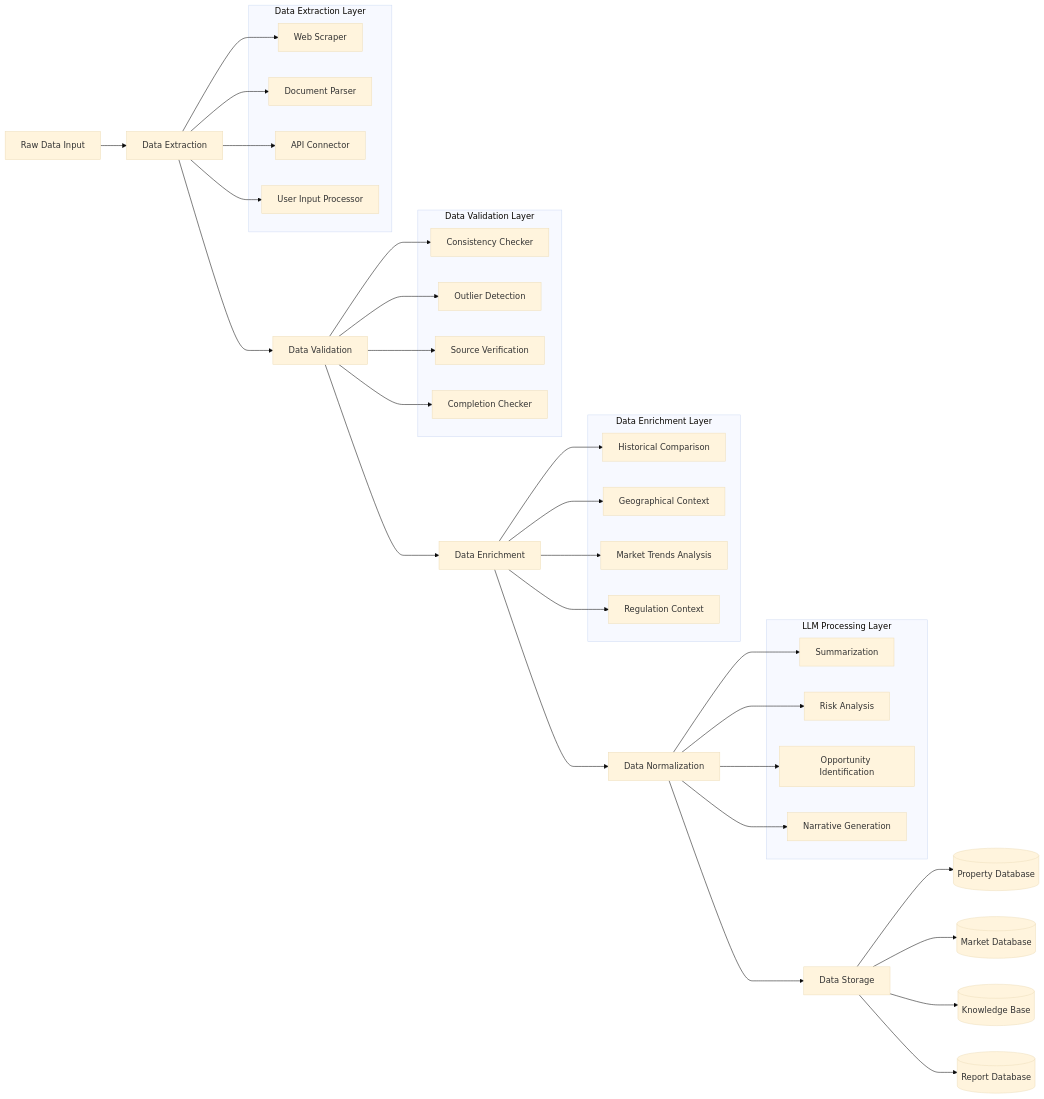
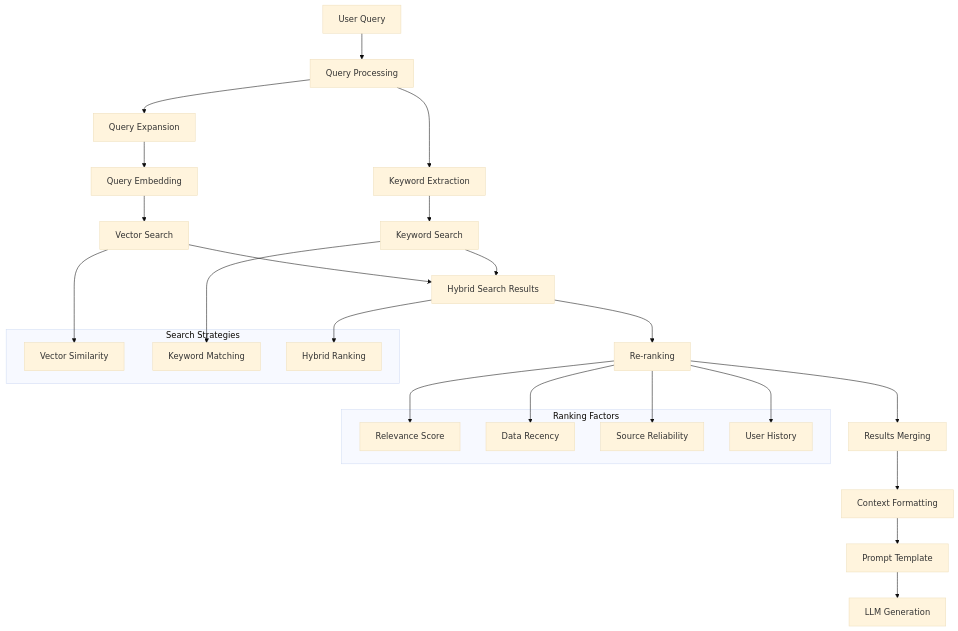
The third of 6 diagrams in RDP-Agents.md (iAli61/investment_agent), drawn with Mermaid (base theme) before and after one commit. The commit also changed other lines of this file, not shown here.

````diff
--- a/RDP-Agents.md
+++ b/RDP-Agents.md
@@ -344,61 +368,37 @@
 ```mermaid
-flowchart LR
-    RawData[Raw Data Input] --> Extraction[Data Extraction]
-    Extraction --> Validation[Data Validation]
-    Validation --> Enrichment[Data Enrichment]
-    Enrichment --> Normalization[Data Normalization]
-    Normalization --> Storage[Data Storage]
+flowchart TD
+    Query[User Query] --> QueryProcess[Query Processing]
+    QueryProcess --> QueryExpansion[Query Expansion]
+    QueryExpansion --> QueryEmbed[Query Embedding]
+    QueryEmbed --> VectorSearch[Vector Search]
+    QueryProcess --> KeywordExtract[Keyword Extraction]
+    KeywordExtract --> KeywordSearch[Keyword Search]
     
-    subgraph "Data Extraction Layer"
-        WebScraper[Web Scraper]
-        DocumentParser[Document Parser]
-        APIConnector[API Connector]
-        UserInput[User Input Processor]
+    VectorSearch --> HybridResults[Hybrid Search Results]
+    KeywordSearch --> HybridResults
+    
+    HybridResults --> Reranking[Re-ranking]
+    Reranking --> ResultsMerge[Results Merging]
+    ResultsMerge --> ContextFormat[Context Formatting]
+    ContextFormat --> PromptTemplate[Prompt Template]
+    PromptTemplate --> LLMGeneration[LLM Generation]
+    
+    subgraph "Search Strategies"
+        VectorSimilarity[Vector Similarity]
+        KeywordMatch[Keyword Matching]
+        HybridRanking[Hybrid Ranking]
     end
     
-    subgraph "Data Validation Layer"
-        ConsistencyCheck[Consistency Checker]
-        OutlierDetection[Outlier Detection]
-        SourceVerification[Source Verification]
-        CompletionCheck[Completion Checker]
+    subgraph "Ranking Factors"
+        Relevance[Relevance Score]
+        Recency[Data Recency]
+        Source[Source Reliability]
+        UserHistory[User History]
     end
     
-    subgraph "Data Enrichment Layer"
-        HistoricalComparison[Historical Comparison]
-        GeographicalContext[Geographical Context]
-        MarketTrends[Market Trends Analysis]
-        RegulationContext[Regulation Context]
-    end
+    VectorSearch --> VectorSimilarity
+    KeywordSearch --> KeywordMatch
+    HybridResults --> HybridRanking
     
-    subgraph "LLM Processing Layer"
-        Summarization[Summarization]
-        RiskAnalysis[Risk Analysis]
-        OpportunityIdentification[Opportunity Identification]
-        NarrativeGeneration[Narrative Generation]
-    end
-    
-    Extraction --> WebScraper
-    Extraction --> DocumentParser
-    Extraction --> APIConnector
-    Extraction --> UserInput
-    
-    Validation --> ConsistencyCheck
-    Validation --> OutlierDetection
-    Validation --> SourceVerification
-    Validation --> CompletionCheck
-    
-    Enrichment --> HistoricalComparison
-    Enrichment --> GeographicalContext
-    Enrichment --> MarketTrends
-    Enrichment --> RegulationContext
-    
-    Normalization --> Summarization
-    Normalization --> RiskAnalysis
-    Normalization --> OpportunityIdentification
-    Normalization --> NarrativeGeneration
-    
-    Storage --> PropertyDB[(Property Database)]
-    Storage --> MarketDB[(Market Database)]
-    Storage --> KnowledgeDB[(Knowledge Base)]
-    Storage --> ReportDB[(Report Database)]
+    Reranking --> Relevance & Recency & Source & UserHistory
 ```
````
